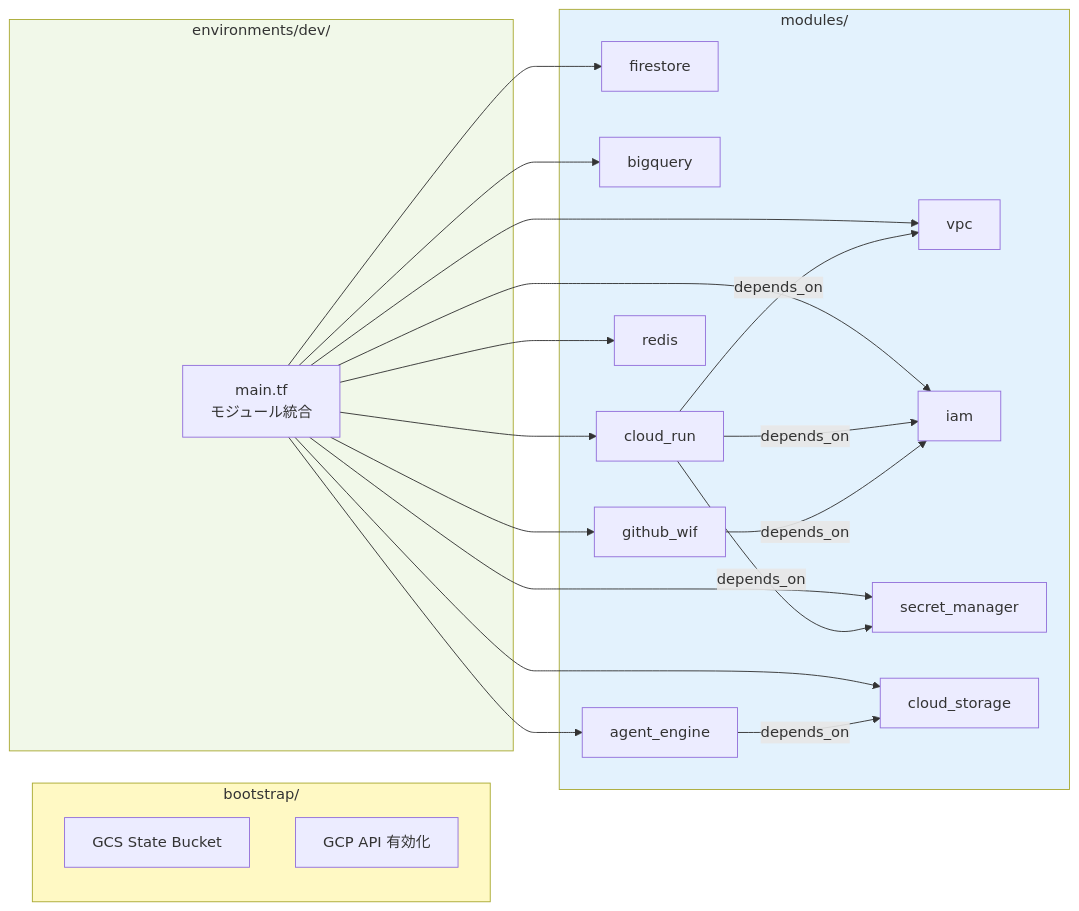
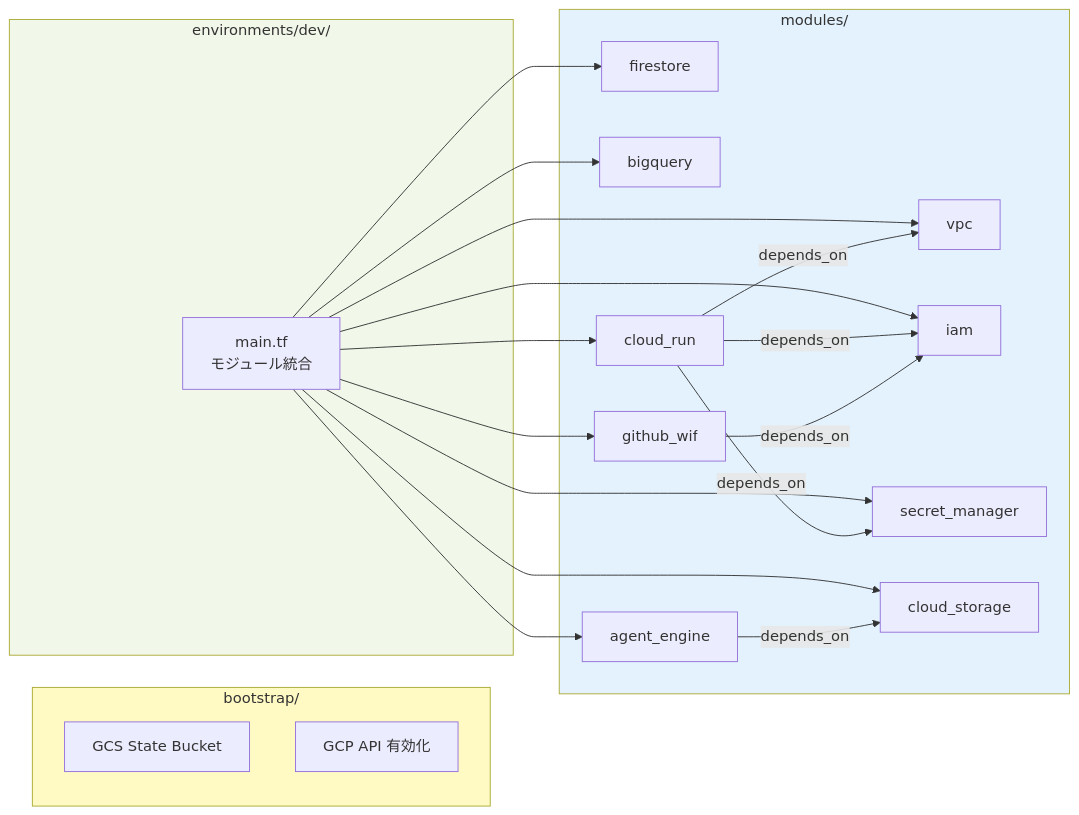
Before and after one commit to arakitakashi/homework-coach-robo: the fourth of 6 diagrams in README.md, drawn with Mermaid. The commit also changed other lines of this file and 3 other files, not shown here.

First line of the commit message:
docs: アーキテクチャ図・ドキュメントのデータレイヤー記述を修正

````diff
--- a/README.md
+++ b/README.md
@@ -170,45 +170,43 @@
 ```mermaid
 graph LR
   subgraph Bootstrap["bootstrap/"]
     STATE["GCS State Bucket"]
     APIS["GCP API 有効化"]
   end
 
   subgraph Modules["modules/"]
     M_VPC["vpc"]
     M_IAM["iam"]
     M_SM["secret_manager"]
     M_FS["firestore"]
     M_BQ["bigquery"]
     M_GCS["cloud_storage"]
     M_CR["cloud_run"]
     M_WIF["github_wif"]
-    M_REDIS["redis"]
     M_AE["agent_engine"]
   end
 
   subgraph Env["environments/dev/"]
     MAIN["main.tf<br/>モジュール統合"]
   end
 
   MAIN --> M_VPC
   MAIN --> M_IAM
   MAIN --> M_SM
   MAIN --> M_FS
   MAIN --> M_BQ
   MAIN --> M_GCS
   MAIN --> M_CR
   MAIN --> M_WIF
-  MAIN --> M_REDIS
   MAIN --> M_AE
 
   M_CR -- "depends_on" --> M_VPC
   M_CR -- "depends_on" --> M_IAM
   M_CR -- "depends_on" --> M_SM
   M_AE -- "depends_on" --> M_GCS
   M_WIF -- "depends_on" --> M_IAM
 
   style Bootstrap fill:#fff9c4
   style Modules fill:#e3f2fd
   style Env fill:#f1f8e9
 ```
````
